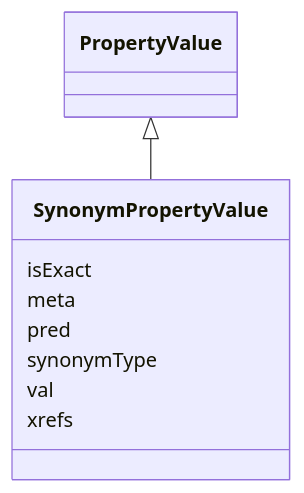
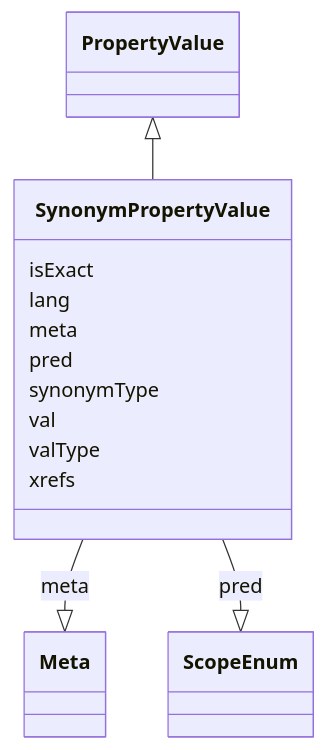
One commit to cthoyt/ontology-access-kit changed the diagram in obograph/SynonymPropertyValue.md. Above: the diagram before and after it, drawn with Mermaid. The commit also changed other lines of this file and 3287 other files, not shown here.

````diff
--- a/obograph/SynonymPropertyValue.md
+++ b/obograph/SynonymPropertyValue.md
@@ -11,13 +14,27 @@
 ```{mermaid}
  classDiagram
     class SynonymPropertyValue
       PropertyValue <|-- SynonymPropertyValue
       
       SynonymPropertyValue : isExact
+        
+      SynonymPropertyValue : lang
+        
       SynonymPropertyValue : meta
+        
+          SynonymPropertyValue --|> Meta : meta
+        
       SynonymPropertyValue : pred
+        
+          SynonymPropertyValue --|> ScopeEnum : pred
+        
       SynonymPropertyValue : synonymType
+        
       SynonymPropertyValue : val
+        
+      SynonymPropertyValue : valType
+        
       SynonymPropertyValue : xrefs
+        
       
 ```
````
